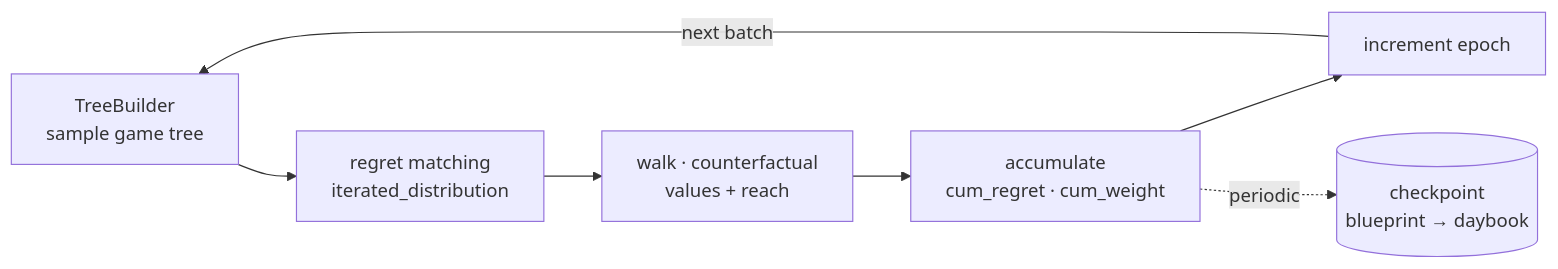
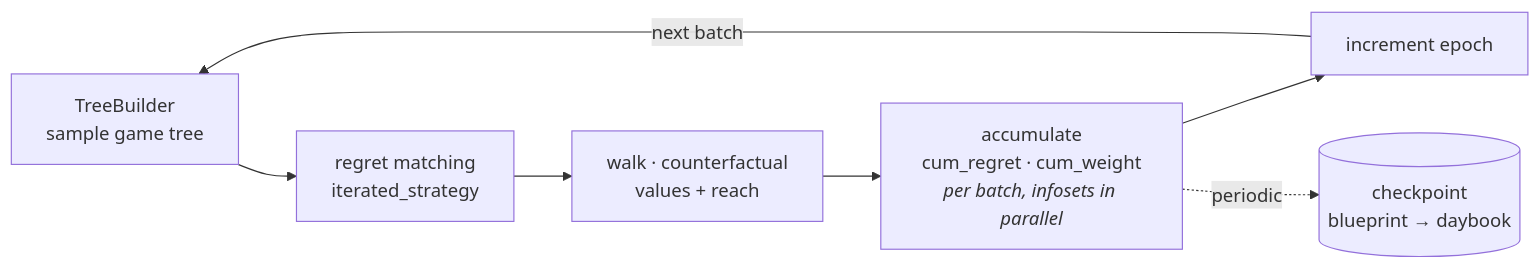
The third of 4 diagrams in crates/mccfr/README.md (krukah/robopoker), drawn with Mermaid before and after one commit. The commit also changed other lines of this file and 831 other files, not shown here.

````diff
--- a/crates/mccfr/README.md
+++ b/crates/mccfr/README.md
@@ -46,9 +203,9 @@
 ```mermaid
 flowchart LR
-  Build["TreeBuilder<br/>sample game tree"] --> Reg["regret matching<br/>iterated_distribution"]
+  Build["TreeBuilder<br/>sample game tree"] --> Reg["regret matching<br/>iterated_strategy"]
   Reg --> Walk["walk · counterfactual<br/>values + reach"]
-  Walk --> Acc["accumulate<br/>cum_regret · cum_weight"]
+  Walk --> Acc["accumulate<br/>cum_regret · cum_weight<br/><i>per batch, infosets in parallel</i>"]
   Acc --> Inc["increment epoch"]
   Inc -->|next batch| Build
   Acc -.->|periodic| CP[("checkpoint<br/>blueprint → daybook")]
 ```
````
